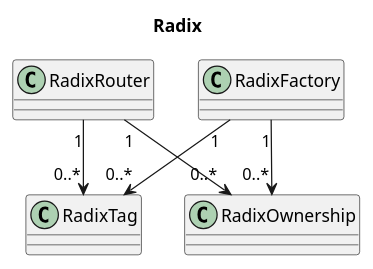
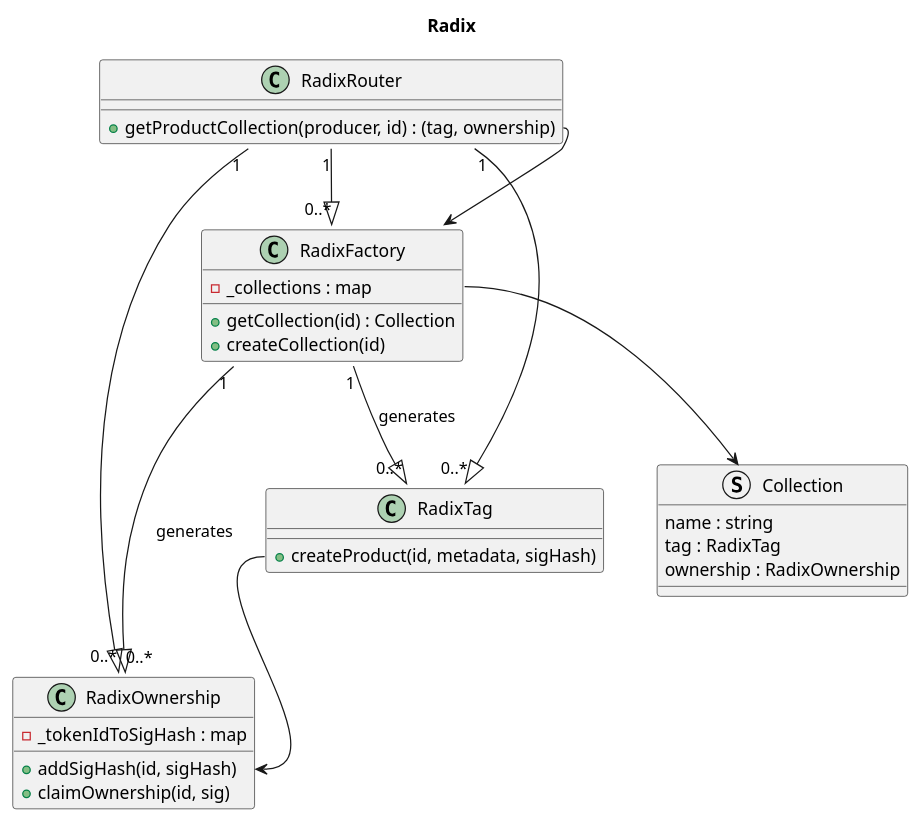
One commit to RadixOrg/radix-contracts changed the diagram in docs/diagrams/src/Radix.puml. Above: the diagram before and after it, drawn with PlantUML. The commit also changed 7 other files, not shown here.

Commit message:
tag and ownership implemented, not tested

```diff
--- a/docs/diagrams/src/Radix.puml
+++ b/docs/diagrams/src/Radix.puml
@@ -1,25 +1,64 @@
 @startuml Radix
 
 title Radix
+' Producer actions
+' - create a Product Collection (Tag + Ownership)
+' - create a NFT for the Product in a product collection
+
+' Customer actions
+' - verify the product has the NFT
+' - claim the NFT
+
+' customers should interface with 1 router
+' producers can interface with their own factoryLine
 
 ' class definitions
-class RadixRouter
+class RadixRouter {
+    + getProductCollection(producer, id) : (tag, ownership)
+}
 
-class RadixFactory
+class RadixFactory {
+    - _collections : map
 
-class RadixTag
+    + getCollection(id) : Collection
+    + createCollection(id)
+}
 
-class RadixOwnership
+class RadixTag {
+    + createProduct(id, metadata, sigHash)
+}
+
+class RadixOwnership {
+    - _tokenIdToSigHash : map
+
+    + addSigHash(id, sigHash)
+    + claimOwnership(id, sig)
+}
+
+struct Collection {
+    name : string
+    tag : RadixTag
+    ownership : RadixOwnership
+}
 
 ' class relationships
-RadixFactory "1" --> "0..*" RadixTag
+RadixRouter "1" --|> "0..*" RadixFactory
 
-RadixFactory "1" --> "0..*" RadixOwnership
+RadixFactory "1" --|> "0..*" RadixTag : generates
 
-RadixRouter "1" --> "0..*" RadixTag
+RadixFactory "1" --|> "0..*" RadixOwnership : generates
 
-RadixRouter "1" --> "0..*" RadixOwnership
+RadixRouter "1" --|> "0..*" RadixTag
 
+RadixRouter "1" --|> "0..*" RadixOwnership
+
+' properties relationships
+RadixFactory::_collections --> Collection
+
+' functions relationships
+RadixRouter::getProductCollection --> RadixFactory::getProductContracts
+
+RadixTag::createProduct --> RadixOwnership::addSigHash
 
 
 @enduml
```
